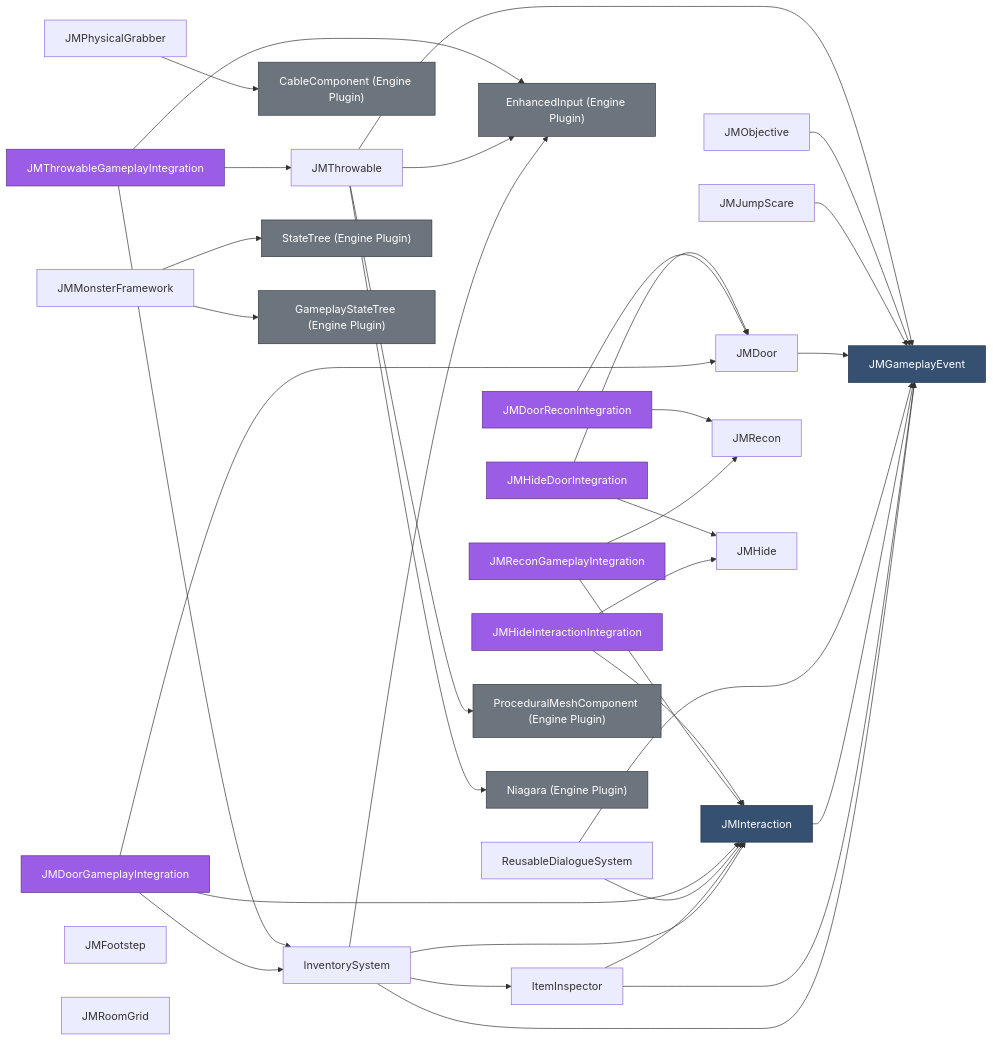
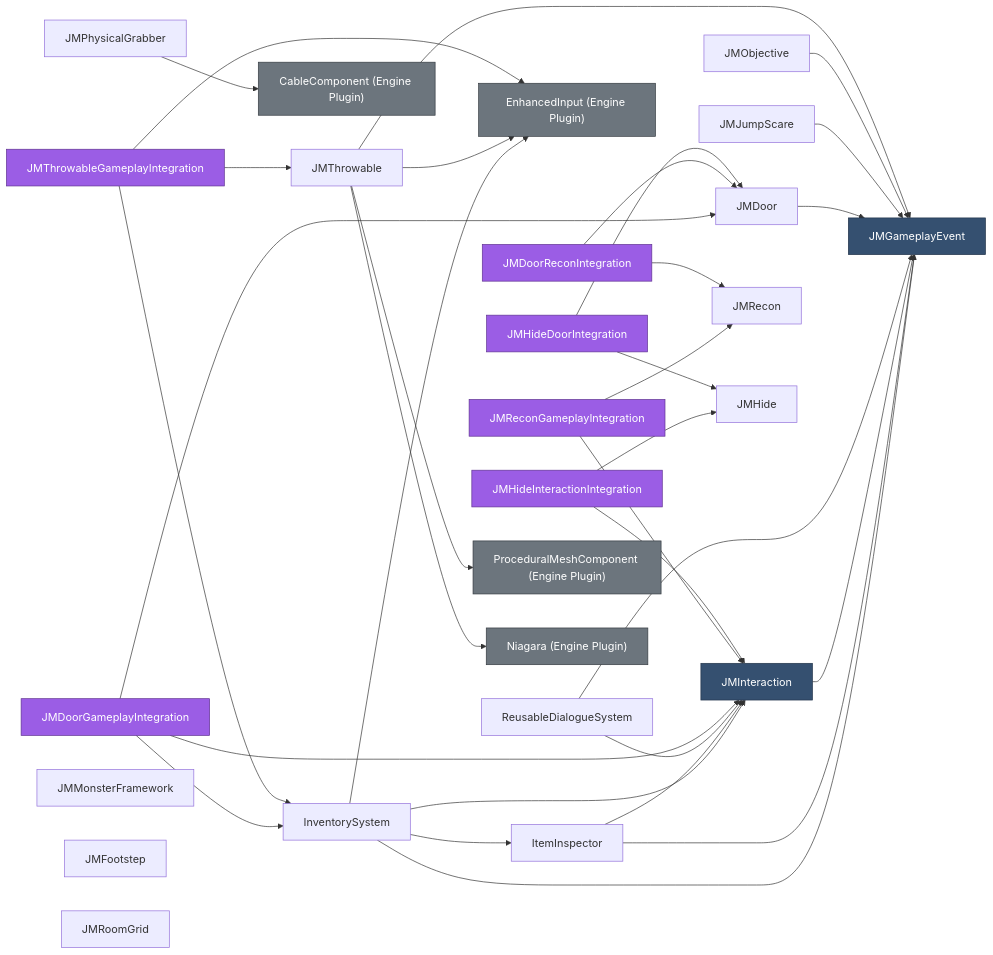
Before and after one commit to KJM2002/Reuse_Plugin: the first of 5 diagrams in P_260729/Docs/Architecture/PLUGIN_DEPENDENCY_GRAPH.md, drawn with Mermaid. The commit also changed other lines of this file and 24 other files, not shown here.

````diff
--- a/P_260729/Docs/Architecture/PLUGIN_DEPENDENCY_GRAPH.md
+++ b/P_260729/Docs/Architecture/PLUGIN_DEPENDENCY_GRAPH.md
@@ -22,54 +22,53 @@
 ```mermaid
 flowchart LR
   Inventory["InventorySystem"] --> Event["JMGameplayEvent"]
   Inventory --> Interaction["JMInteraction"]
   Inventory --> Inspector["ItemInspector"]
   Inventory --> EnhancedInput["EnhancedInput (Engine Plugin)"]
 
   Inspector --> Interaction
   Inspector --> Event
   Interaction --> Event
   Dialogue["ReusableDialogueSystem"] --> Interaction
   Dialogue --> Event
 
   Door["JMDoor"] --> Event
   DoorGame["JMDoorGameplayIntegration"] --> Door
   DoorGame --> Interaction
   DoorGame --> Inventory
 
   Jump["JMJumpScare"] --> Event
   Objective["JMObjective"] --> Event
 
   ReconGame["JMReconGameplayIntegration"] --> Recon["JMRecon"]
   ReconGame --> Interaction
   DoorRecon["JMDoorReconIntegration"] --> Door
   DoorRecon --> Recon
 
   HideInteraction["JMHideInteractionIntegration"] --> Hide["JMHide"]
   HideInteraction --> Interaction
   HideDoor["JMHideDoorIntegration"] --> Hide
   HideDoor --> Door
 
   Physical["JMPhysicalGrabber"] --> Cable["CableComponent (Engine Plugin)"]
 
   Throwable["JMThrowable"] --> Event
   Throwable --> EnhancedInput
   Throwable --> Proc["ProceduralMeshComponent (Engine Plugin)"]
   Throwable --> Niagara["Niagara (Engine Plugin)"]
   ThrowableGame["JMThrowableGameplayIntegration"] --> Throwable
   ThrowableGame --> Inventory
   ThrowableGame --> EnhancedInput
 
-  Monster["JMMonsterFramework"] --> StateTree["StateTree (Engine Plugin)"]
-  Monster --> GameplayStateTree["GameplayStateTree (Engine Plugin)"]
+  Monster["JMMonsterFramework"]
 
   Footstep["JMFootstep"]
   RoomGrid["JMRoomGrid"]
 
   classDef contract fill:#355070,color:#fff,stroke:#22344a;
   classDef integration fill:#9b5de5,color:#fff,stroke:#5f3190;
   classDef engine fill:#6c757d,color:#fff,stroke:#343a40;
   class Event,Interaction contract;
   class DoorGame,ReconGame,DoorRecon,HideInteraction,HideDoor,ThrowableGame integration;
-  class EnhancedInput,Cable,Proc,Niagara,StateTree,GameplayStateTree engine;
+  class EnhancedInput,Cable,Proc,Niagara engine;
 ```
````
